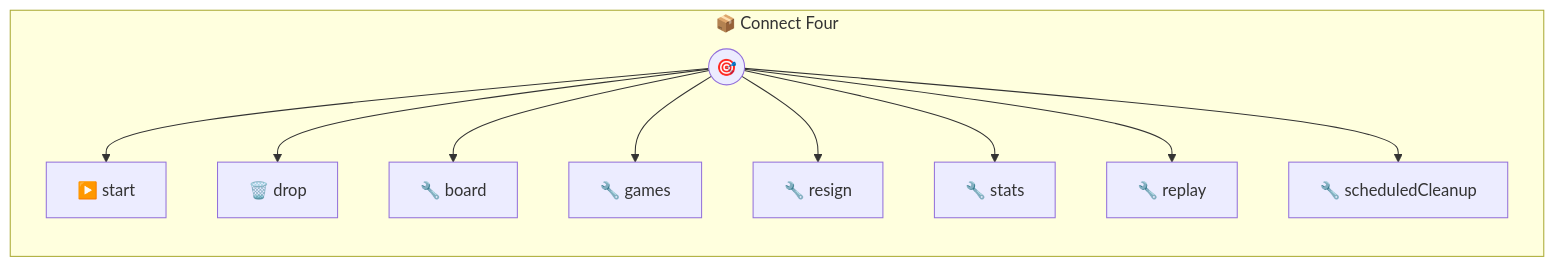
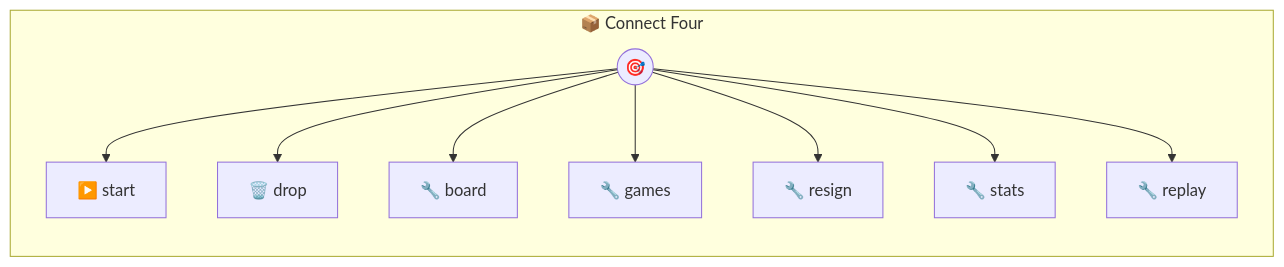
The diagram in connect-four.md (portel-dev/photons), drawn with Mermaid before and after one commit. The commit also changed other lines of this file and 5 other files, not shown here.

````diff
--- a/connect-four.md
+++ b/connect-four.md
@@ -149,23 +137,21 @@
 ```mermaid
 flowchart LR
     subgraph connect_four["📦 Connect Four"]
         direction TB
         PHOTON((🎯))
         T0[▶️ start]
         PHOTON --> T0
         T1[🗑️ drop]
         PHOTON --> T1
         T2[🔧 board]
         PHOTON --> T2
         T3[🔧 games]
         PHOTON --> T3
         T4[🔧 resign]
         PHOTON --> T4
         T5[🔧 stats]
         PHOTON --> T5
         T6[🔧 replay]
         PHOTON --> T6
-        T7[🔧 scheduledCleanup]
-        PHOTON --> T7
     end
 ```
````
